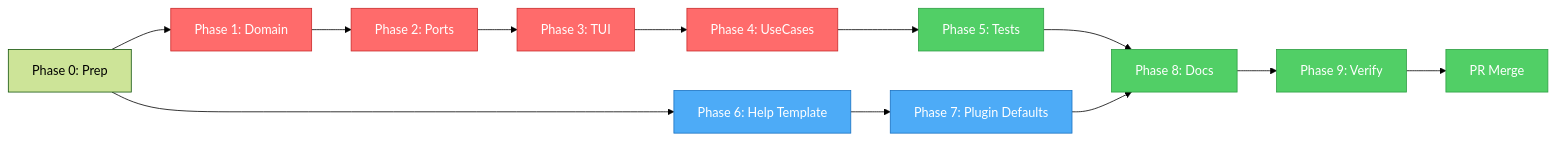
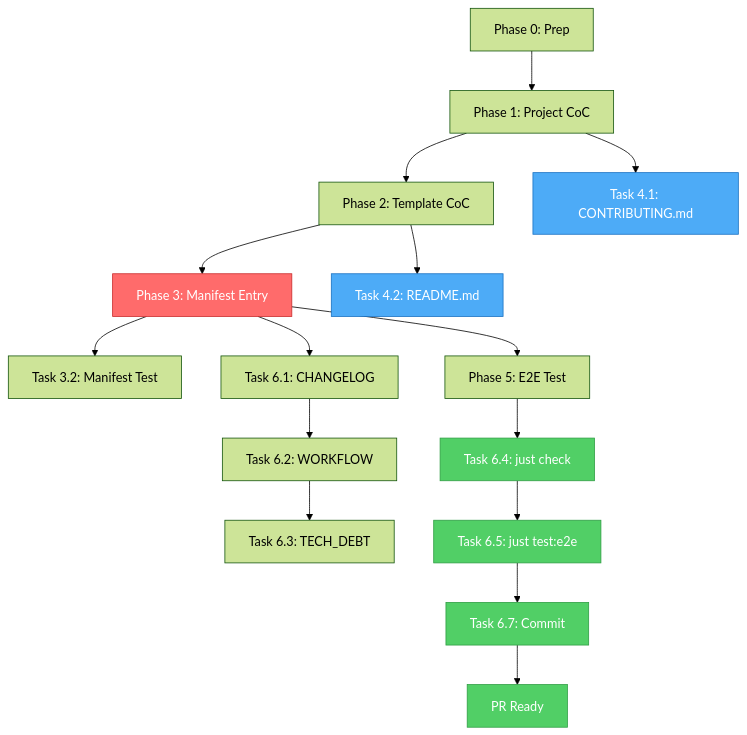
The diagram in tasks/todo.md (Fisherk2/codice-opencode), drawn with Mermaid (forest theme) before and after one commit. The commit also changed other lines of this file and 1 other file, not shown here.

````diff
--- a/tasks/todo.md
+++ b/tasks/todo.md
@@ -203,22 +176,25 @@
 ```mermaid
-graph LR
-    P0[Phase 0: Prep] --> P1[Phase 1: Domain]
-    P1 --> P2[Phase 2: Ports]
-    P2 --> P3[Phase 3: TUI]
-    P3 --> P4[Phase 4: UseCases]
-    P4 --> P5[Phase 5: Tests]
-    P0 --> P6[Phase 6: Help Template]
-    P6 --> P7[Phase 7: Plugin Defaults]
-    P5 --> P8[Phase 8: Docs]
-    P7 --> P8
-    P8 --> P9[Phase 9: Verify]
-    P9 --> SHIP[PR Merge]
+graph TD
+    P0[Phase 0: Prep] --> P1[Phase 1: Project CoC]
+    P1 --> P2[Phase 2: Template CoC]
+    P2 --> P3[Phase 3: Manifest Entry]
+    P3 --> P3T[Task 3.2: Manifest Test]
+    P1 --> P4A[Task 4.1: CONTRIBUTING.md]
+    P2 --> P4B[Task 4.2: README.md]
+    P3 --> P5[Phase 5: E2E Test]
+    P3 --> P6A[Task 6.1: CHANGELOG]
+    P6A --> P6B[Task 6.2: WORKFLOW]
+    P6B --> P6C[Task 6.3: TECH_DEBT]
+    P5 --> P6D[Task 6.4: just check]
+    P6D --> P6E[Task 6.5: just test:e2e]
+    P6E --> P6F[Task 6.7: Commit]
+    P6F --> DONE[PR Ready]
 
     classDef crit fill:#ff6b6b,stroke:#c92a2a,color:#fff
+    classDef gate fill:#51cf66,stroke:#2f9e44,color:#fff
     classDef par fill:#4dabf7,stroke:#1971c2,color:#fff
-    classDef gate fill:#51cf66,stroke:#2f9e44,color:#fff
 
-    class P1,P2,P3,P4 crit
-    class P6,P7 par
-    class P5,P8,P9,SHIP gate
+    class P3 crit
+    class P6D,P6E,P6F,DONE gate
+    class P4A,P4B par
 ```
````
